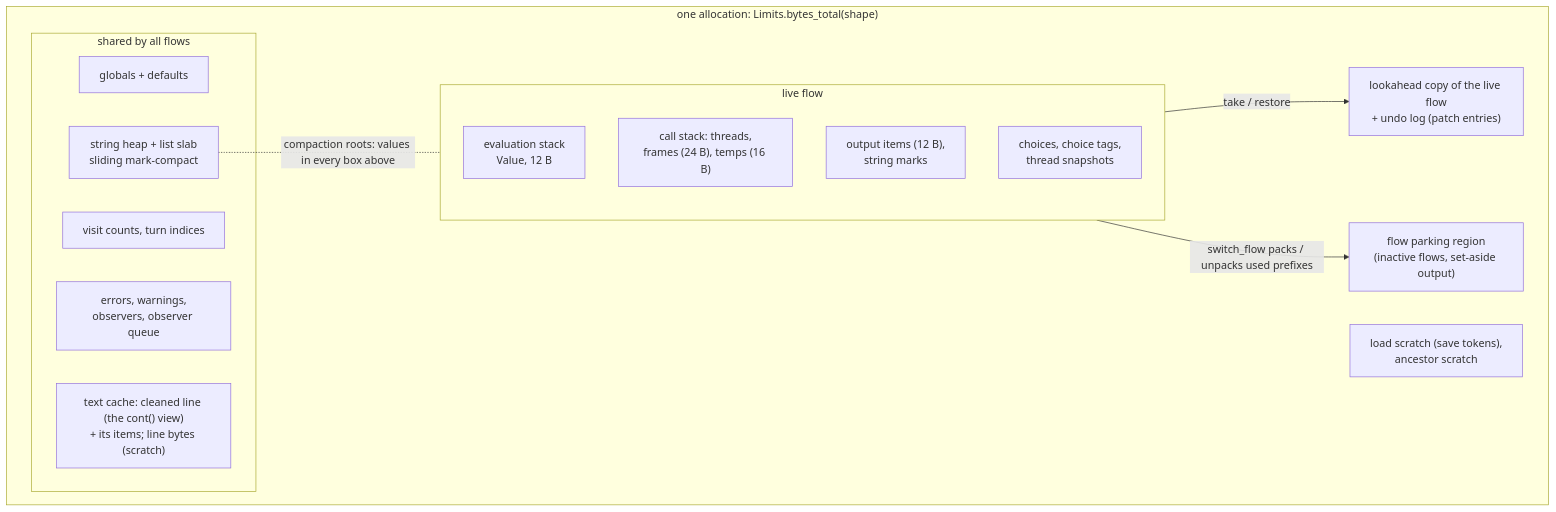
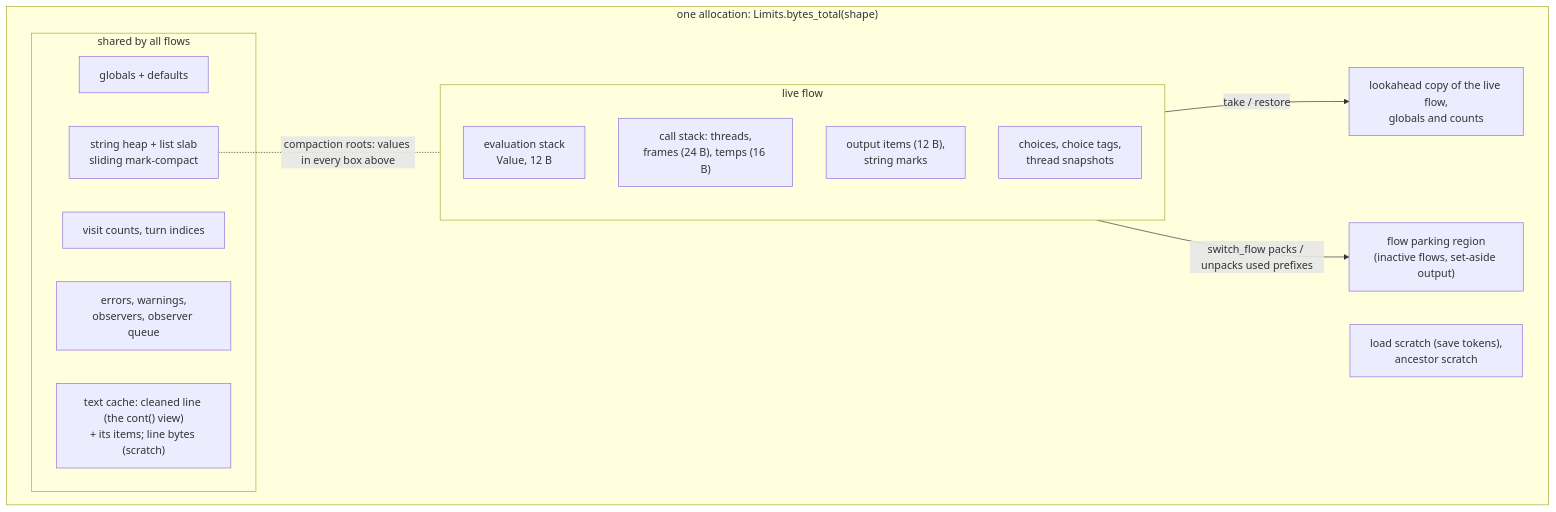
Before and after one commit to KreaturaArt/inkz: the seventh of 7 diagrams in docs/Architecture.md, drawn with Mermaid. The commit also changed other lines of this file and 13 other files, not shown here.

Commit message:
(refactor) runtime: the lookahead copies a chunk of 64 globals or counts out before its first write and copies the written chunks back on restore, instead of logging each slot's old value, so the undo log, its target encoding, patch_entries_max and error.LookaheadLogLimit are gone (P17.13)

````diff
--- a/docs/Architecture.md
+++ b/docs/Architecture.md
@@ -225,24 +226,24 @@
 ```mermaid
 flowchart TB
     subgraph block["one allocation: Limits.bytes_total(shape)"]
         subgraph live["live flow"]
             evaluation["evaluation stack<br/>Value, 12 B"]
             calls["call stack: threads,<br/>frames (24 B), temps (16 B)"]
             output["output items (12 B),<br/>string marks"]
             choices["choices, choice tags,<br/>thread snapshots"]
         end
         subgraph shared["shared by all flows"]
             globals["globals + defaults"]
             counts["visit counts, turn indices"]
             heap["string heap + list slab<br/>sliding mark-compact"]
             diagnostics["errors, warnings,<br/>observers, observer queue"]
             line["text cache: cleaned line (the cont() view)<br/>+ its items; line bytes (scratch)"]
         end
-        lookahead["lookahead copy of the live flow<br/>+ undo log (patch entries)"]
+        lookahead["lookahead copy of the live flow,<br/>globals and counts"]
         parking["flow parking region<br/>(inactive flows, set-aside output)"]
         scratch["load scratch (save tokens),<br/>ancestor scratch"]
     end
     live -- "take / restore" --> lookahead
     live -- "switch_flow packs / unpacks used prefixes" --> parking
     heap -. "compaction roots: values in every box above" .- live
 ```
````
